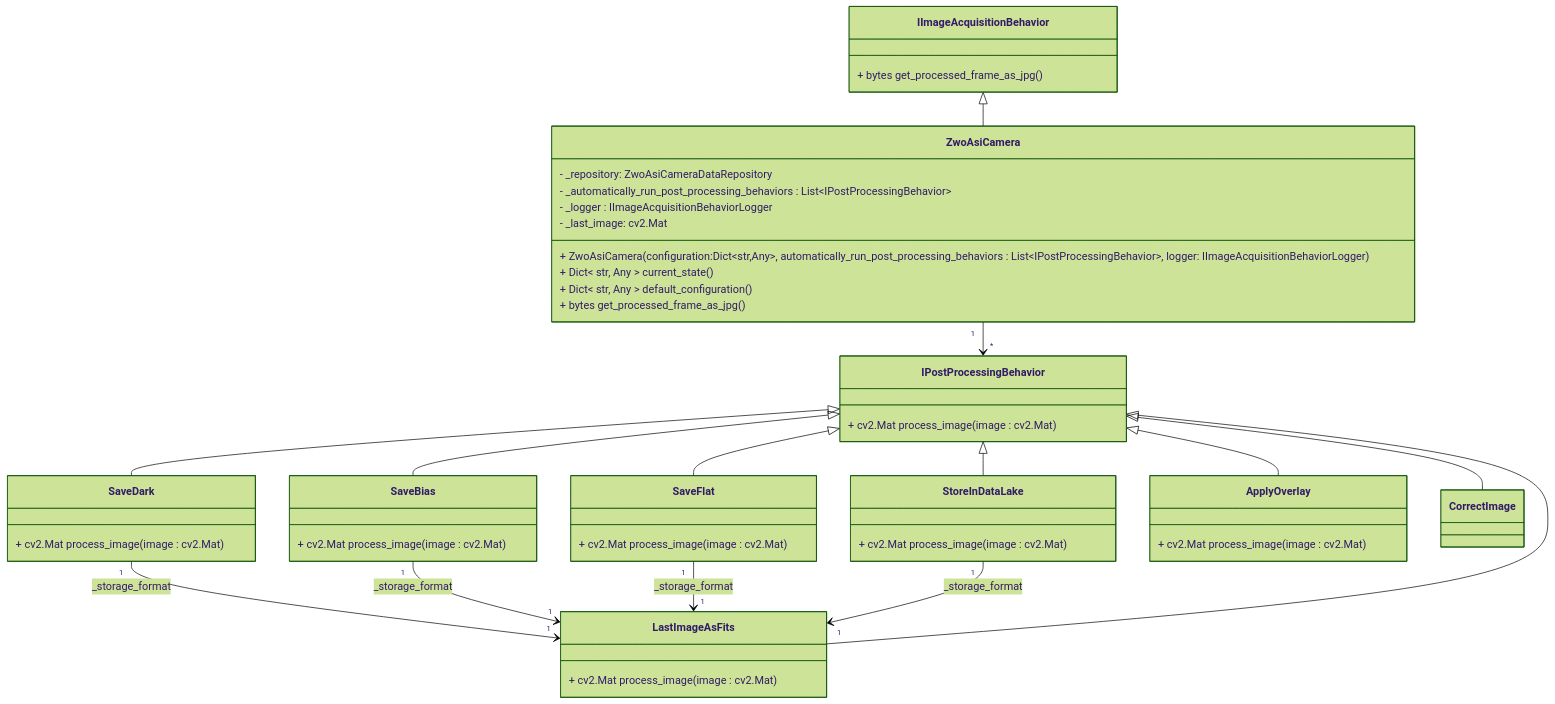
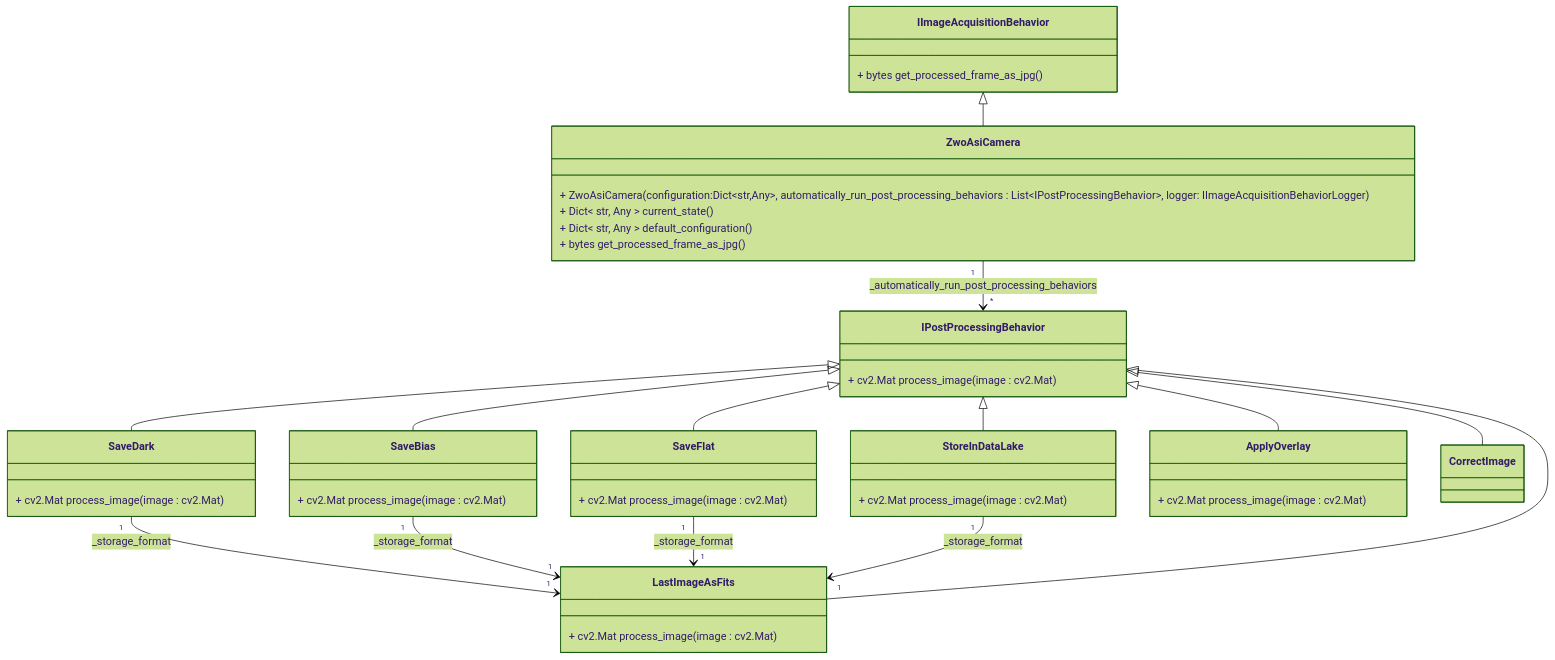
Before and after one commit to mgrandau/telescope-control: the second of 5 diagrams in application/asi-camera-design.md, drawn with Mermaid (forest theme). The commit also changed other lines of this file, not shown here.

````diff
--- a/application/asi-camera-design.md
+++ b/application/asi-camera-design.md
@@ -68,66 +63,62 @@
 ```mermaid
 classDiagram
   direction TB
 
   IImageAcquisitionBehavior <|-- ZwoAsiCamera
 
-  ZwoAsiCamera "1" --> "*" IPostProcessingBehavior
+  ZwoAsiCamera "1" --> "*" IPostProcessingBehavior : _automatically_run_post_processing_behaviors
 
   IPostProcessingBehavior <|-- SaveDark
   SaveDark "1" --> "1" LastImageAsFits : _storage_format
   IPostProcessingBehavior <|-- SaveBias
   SaveBias "1" --> "1" LastImageAsFits : _storage_format
   IPostProcessingBehavior <|-- SaveFlat
   SaveFlat "1" --> "1" LastImageAsFits : _storage_format
   IPostProcessingBehavior <|-- StoreInDataLake
   StoreInDataLake "1" --> "1" LastImageAsFits : _storage_format
   IPostProcessingBehavior <|-- LastImageAsFits
   IPostProcessingBehavior <|-- ApplyOverlay
   IPostProcessingBehavior <|-- CorrectImage
 
   class IImageAcquisitionBehavior{
     + bytes get_processed_frame_as_jpg()
   }
 
   class ZwoAsiCamera {
-    - _repository: ZwoAsiCameraDataRepository
-    - _automatically_run_post_processing_behaviors : List~IPostProcessingBehavior~
-    - _logger : IImageAcquisitionBehaviorLogger
-    - _last_image: cv2.Mat
 
     + ZwoAsiCamera(configuration:Dict~str,Any~, automatically_run_post_processing_behaviors : List~IPostProcessingBehavior~, logger: IImageAcquisitionBehaviorLogger)
 
     + Dict< str, Any >  current_state()
     + Dict< str, Any >  default_configuration()
 
     + bytes get_processed_frame_as_jpg()
   }
 
   class IPostProcessingBehavior{
     + cv2.Mat process_image(image : cv2.Mat)
   }
 
   class ApplyOverlay{
     + cv2.Mat process_image(image : cv2.Mat)
   }
 
   class StoreInDataLake{
     + cv2.Mat process_image(image : cv2.Mat)
   }
 
   class LastImageAsFits{
     + cv2.Mat process_image(image : cv2.Mat)
   }
 
   class SaveDark{
     + cv2.Mat process_image(image : cv2.Mat)
   }
 
   class SaveBias{
     + cv2.Mat process_image(image : cv2.Mat)
   }
 
   class SaveFlat{
     + cv2.Mat process_image(image : cv2.Mat)
   }
 ```
````
